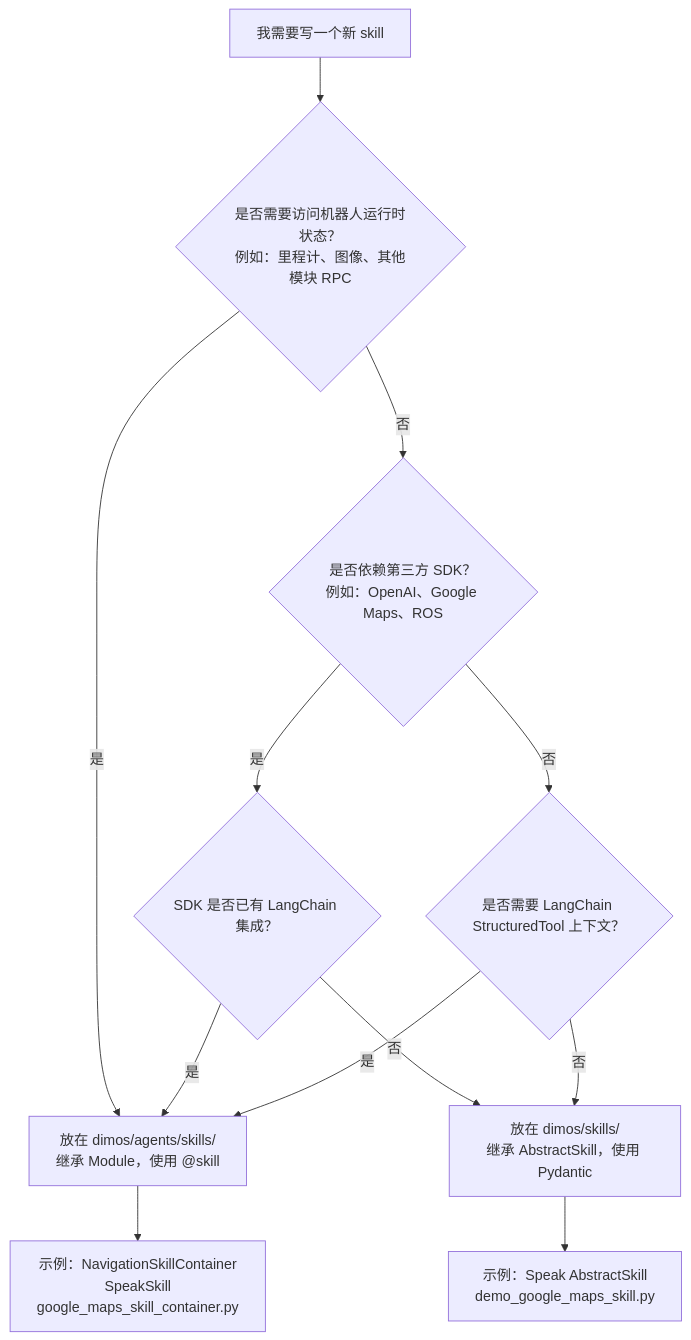
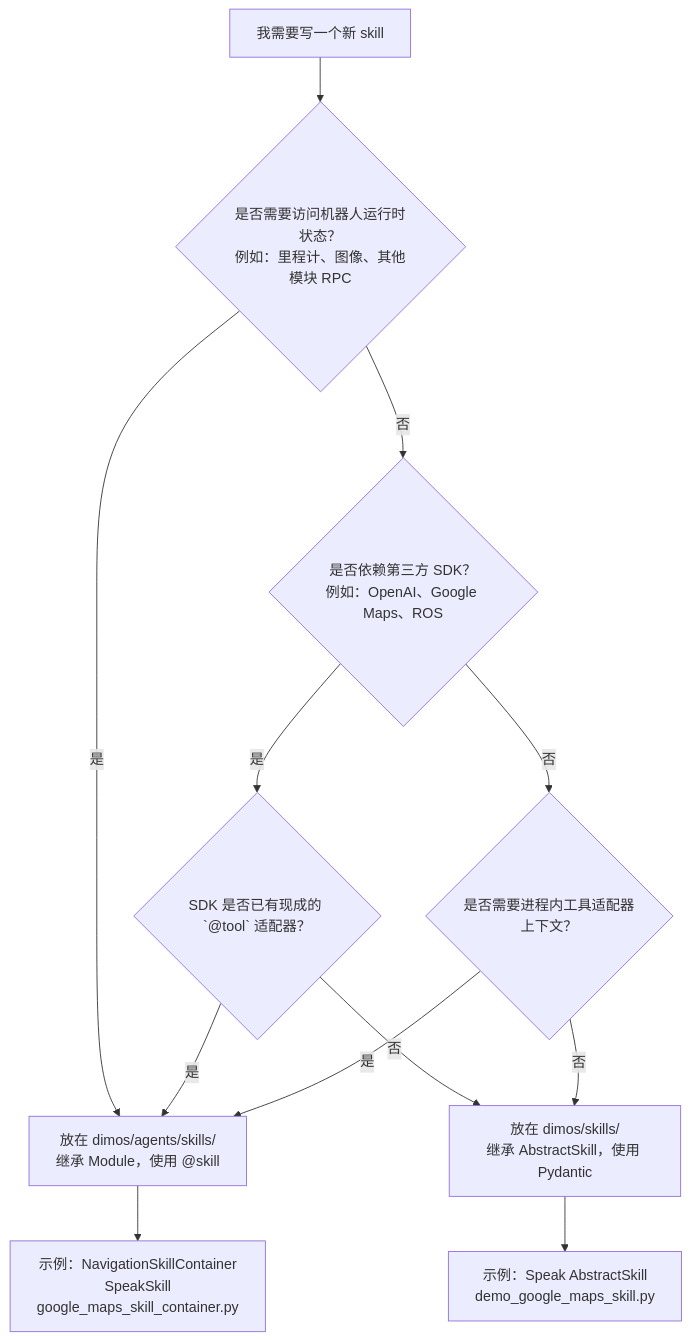
One commit to cpy1990/dimos changed the diagram in docs/architecture/agent-stack.md. Above: the diagram before and after it, drawn with Mermaid. The commit also changed other lines of this file and 1 other file, not shown here.

First line of the commit message:
docs(architecture): batch C — AgentSpec Protocol + demo_agent + dual MCP blueprints + tool streams

````diff
--- a/docs/architecture/agent-stack.md
+++ b/docs/architecture/agent-stack.md
@@ -243,14 +217,14 @@
 ```mermaid
 flowchart TD
     A[我需要写一个新 skill] --> B{是否需要访问机器人运行时状态？\n例如：里程计、图像、其他模块 RPC}
     B -- 否 --> C{是否依赖第三方 SDK？\n例如：OpenAI、Google Maps、ROS}
     B -- 是 --> D[放在 dimos/agents/skills/\n继承 Module，使用 @skill]
-    C -- 是 --> E{SDK 是否已有 LangChain 集成？}
-    C -- 否 --> F{是否需要 LangChain StructuredTool 上下文？}
+    C -- 是 --> E{SDK 是否已有现成的 `@tool` 适配器？}
+    C -- 否 --> F{是否需要进程内工具适配器上下文？}
     E -- 是 --> D
     E -- 否 --> G[放在 dimos/skills/\n继承 AbstractSkill，使用 Pydantic]
     F -- 是 --> D
     F -- 否 --> G
     D --> H[示例：NavigationSkillContainer\nSpeakSkill\ngoogle_maps_skill_container.py]
     G --> I[示例：Speak AbstractSkill\ndemo_google_maps_skill.py]
 ```
````
